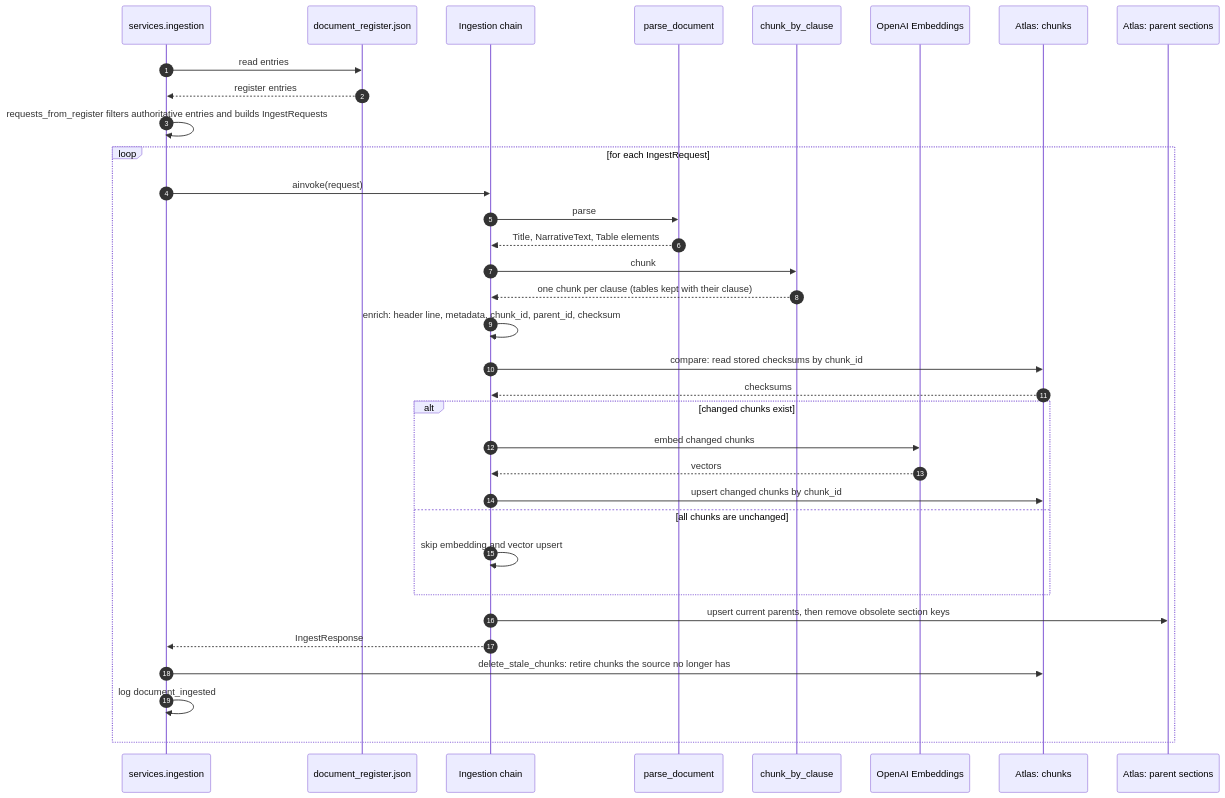
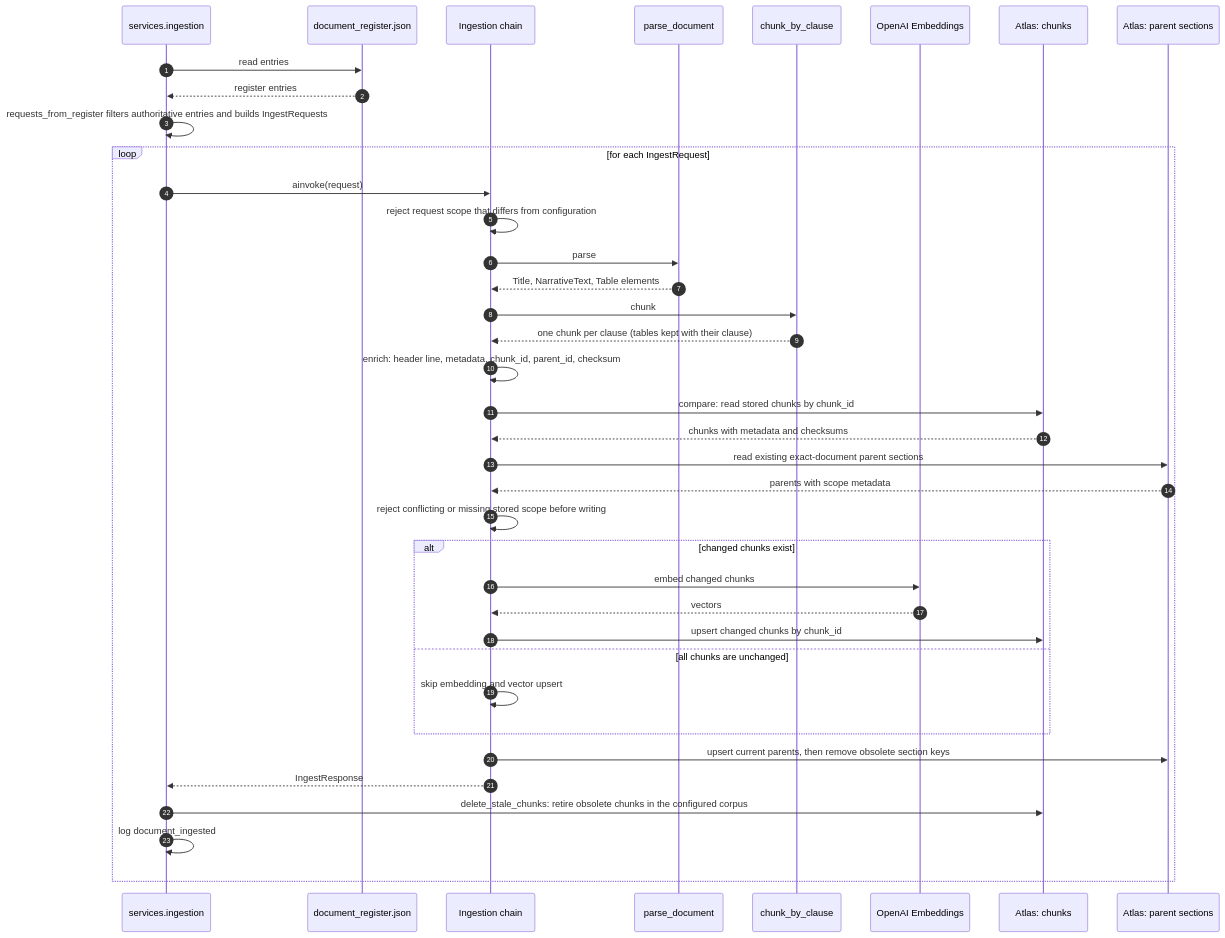
One commit to bharathk5678/NexaAssist changed diagram 11 of 16 in README.md. Above: the diagram before and after it, drawn with Mermaid. The commit also changed other lines of this file and 9 other files, not shown here.

Commit message:
fix: preserve corpus scope during policy ingestion

````diff
--- a/README.md
+++ b/README.md
@@ -602,37 +604,41 @@
 ```mermaid
 sequenceDiagram
     autonumber
     participant CLI as services.ingestion
     participant REG as document_register.json
     participant CH as Ingestion chain
     participant PDF as parse_document
     participant UNS as chunk_by_clause
     participant OAI as OpenAI Embeddings
     participant DB as Atlas: chunks
     participant PSEC as Atlas: parent sections
 
     CLI->>REG: read entries
     REG-->>CLI: register entries
     CLI->>CLI: requests_from_register filters authoritative entries and builds IngestRequests
     loop for each IngestRequest
         CLI->>CH: ainvoke(request)
+        CH->>CH: reject request scope that differs from configuration
         CH->>PDF: parse
         PDF-->>CH: Title, NarrativeText, Table elements
         CH->>UNS: chunk
         UNS-->>CH: one chunk per clause (tables kept with their clause)
         CH->>CH: enrich: header line, metadata, chunk_id, parent_id, checksum
-        CH->>DB: compare: read stored checksums by chunk_id
-        DB-->>CH: checksums
+        CH->>DB: compare: read stored chunks by chunk_id
+        DB-->>CH: chunks with metadata and checksums
+        CH->>PSEC: read existing exact-document parent sections
+        PSEC-->>CH: parents with scope metadata
+        CH->>CH: reject conflicting or missing stored scope before writing
         alt changed chunks exist
             CH->>OAI: embed changed chunks
             OAI-->>CH: vectors
             CH->>DB: upsert changed chunks by chunk_id
         else all chunks are unchanged
             CH->>CH: skip embedding and vector upsert
         end
         CH->>PSEC: upsert current parents, then remove obsolete section keys
         CH-->>CLI: IngestResponse
-        CLI->>DB: delete_stale_chunks: retire chunks the source no longer has
+        CLI->>DB: delete_stale_chunks: retire obsolete chunks in the configured corpus
         CLI->>CLI: log document_ingested
     end
 ```
````
